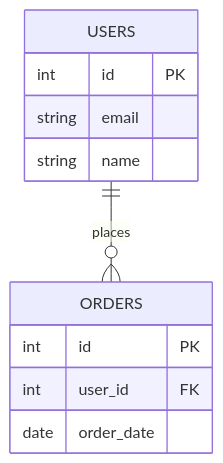
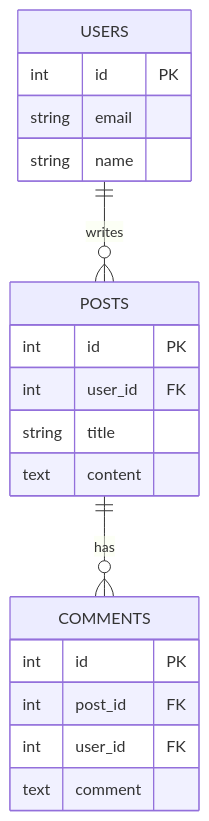
The second of 3 diagrams in system-design/database-design-and-indexing/README.md (VrushankPatel/interview-matters), drawn with Mermaid before and after one commit. The commit also changed other lines of this file and 8 other files, not shown here.

````diff
--- a/system-design/database-design-and-indexing/README.md
+++ b/system-design/database-design-and-indexing/README.md
@@ -36,14 +60,22 @@
 ```mermaid
 erDiagram
-    USERS ||--o{ ORDERS : places
+    USERS ||--o{ POSTS : writes
+    POSTS ||--o{ COMMENTS : has
     USERS {
         int id PK
         string email
         string name
     }
-    ORDERS {
+    POSTS {
         int id PK
         int user_id FK
-        date order_date
+        string title
+        text content
+    }
+    COMMENTS {
+        int id PK
+        int post_id FK
+        int user_id FK
+        text comment
     }
 ```
````
